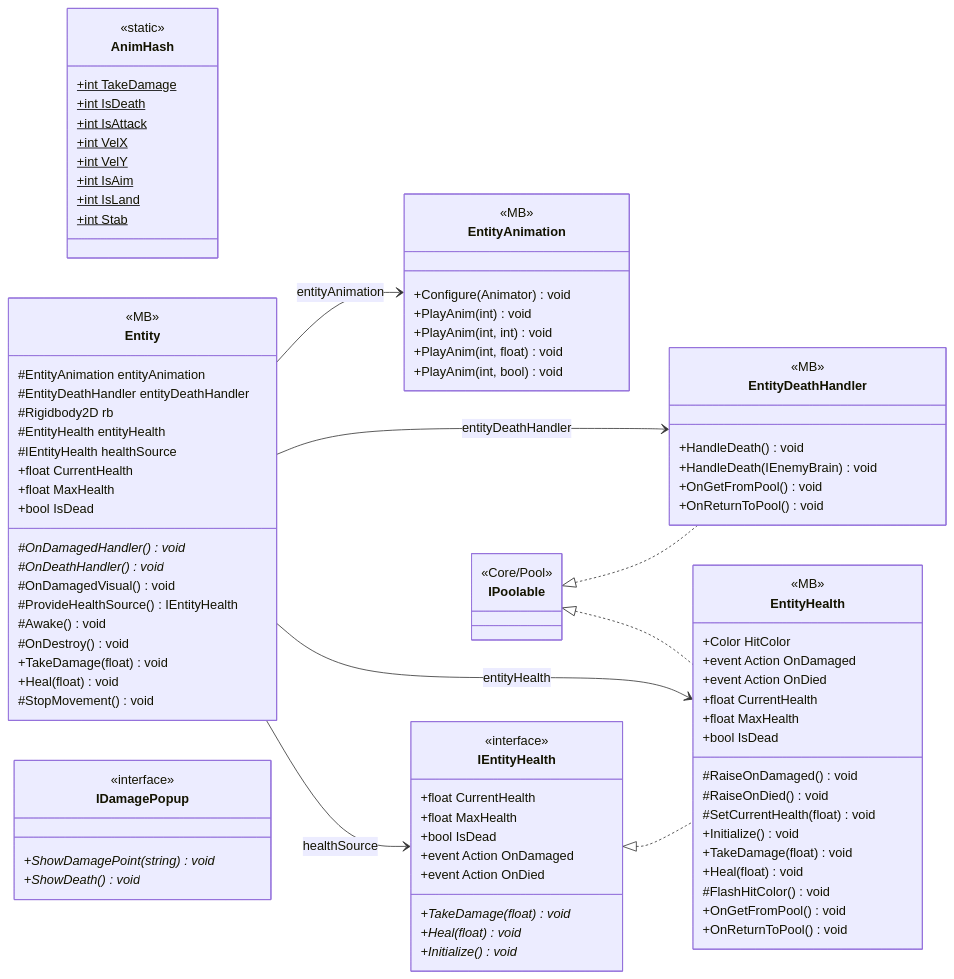
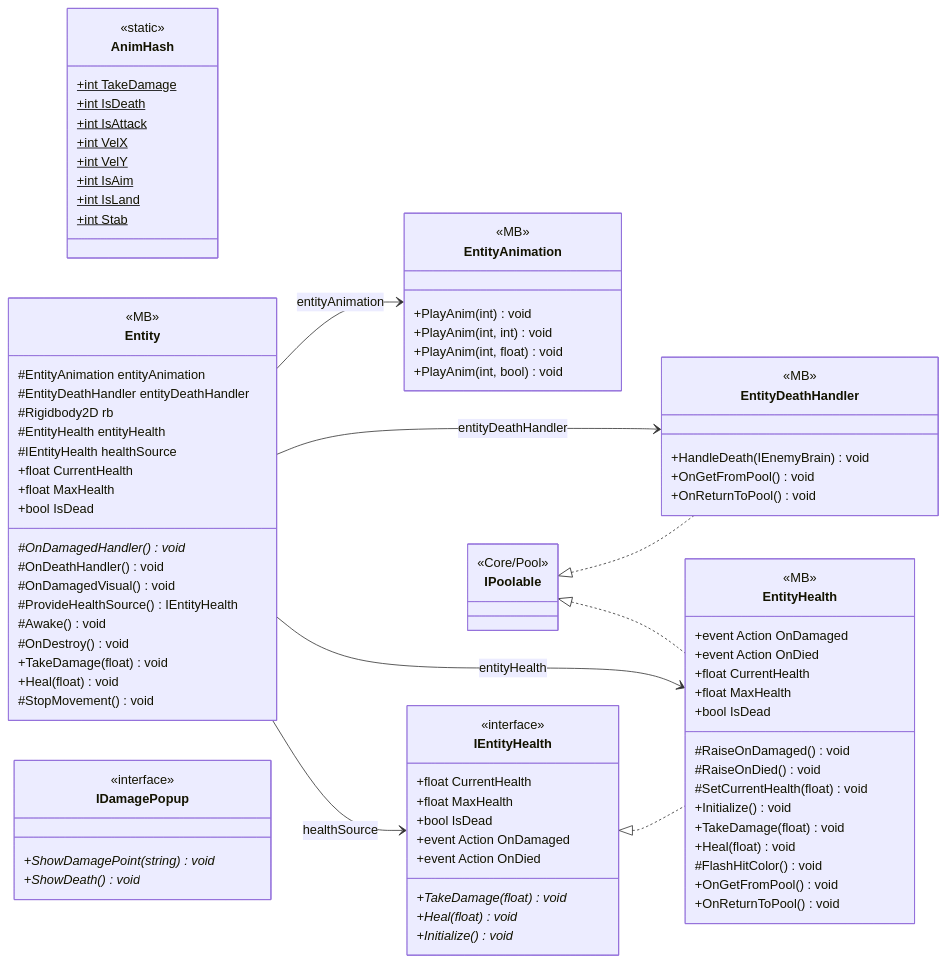
Before and after one commit to PhumipatWave/project-ocean: the diagram in docs/uml/modules/Gameplay_Entities.md, drawn with Mermaid. The commit also changed other lines of this file and 52 other files, not shown here.

```diff
--- a/docs/uml/modules/Gameplay_Entities.md
+++ b/docs/uml/modules/Gameplay_Entities.md
@@ -30,7 +30,7 @@
     +float MaxHealth
     +bool IsDead
     #OnDamagedHandler()* void
-    #OnDeathHandler()* void
+    #OnDeathHandler() void
     #OnDamagedVisual() void
     #ProvideHealthSource() IEntityHealth
     #Awake() void
@@ -41,7 +41,6 @@
   }
   class EntityAnimation {
     <<MB>>
-    +Configure(Animator) void
     +PlayAnim(int) void
     +PlayAnim(int, int) void
     +PlayAnim(int, float) void
@@ -49,14 +48,12 @@
   }
   class EntityDeathHandler {
     <<MB>>
-    +HandleDeath() void
     +HandleDeath(IEnemyBrain) void
     +OnGetFromPool() void
     +OnReturnToPool() void
   }
   class EntityHealth {
     <<MB>>
-    +Color HitColor
     +event Action OnDamaged
     +event Action OnDied
     +float CurrentHealth
```
